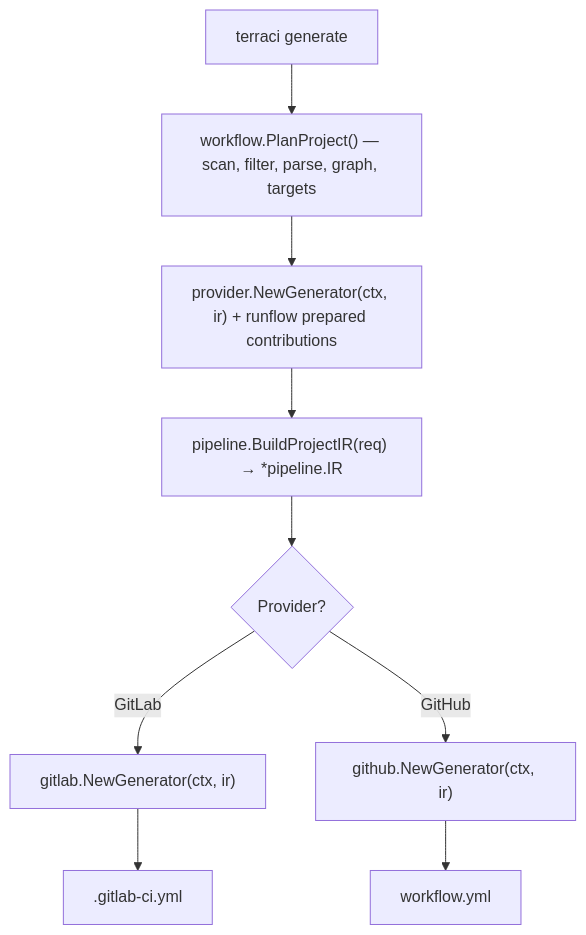
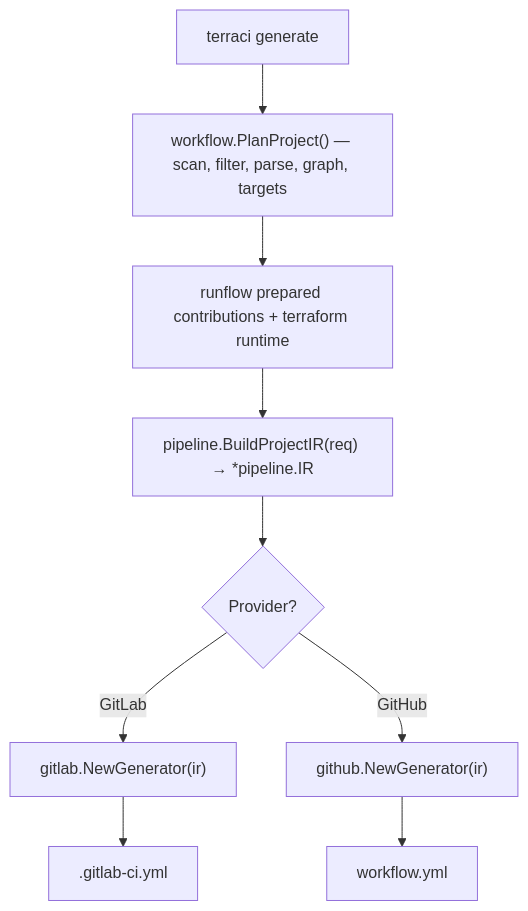
Before and after one commit to edelwud/terraci: the fourth of 4 diagrams in docs/guide/how-it-works.md, drawn with Mermaid. The commit also changed other lines of this file and 38 other files, not shown here.

Commit message:
refactor(providers): canonicalize generator runtime boundary

````diff
--- a/docs/guide/how-it-works.md
+++ b/docs/guide/how-it-works.md
@@ -218,10 +218,10 @@
 ```mermaid
 flowchart TD
   A["terraci generate"] --> B
   B["workflow.PlanProject() — scan, filter, parse, graph, targets"] --> C
-  C["provider.NewGenerator(ctx, ir) + runflow prepared contributions"] --> D
+  C["runflow prepared contributions + terraform runtime"] --> D
   D["pipeline.BuildProjectIR(req) → *pipeline.IR"] --> E
   E{"Provider?"}
-  E -->|GitLab| F["gitlab.NewGenerator(ctx, ir)"] --> G[".gitlab-ci.yml"]
-  E -->|GitHub| H["github.NewGenerator(ctx, ir)"] --> I["workflow.yml"]
+  E -->|GitLab| F["gitlab.NewGenerator(ir)"] --> G[".gitlab-ci.yml"]
+  E -->|GitHub| H["github.NewGenerator(ir)"] --> I["workflow.yml"]
 ```
````
